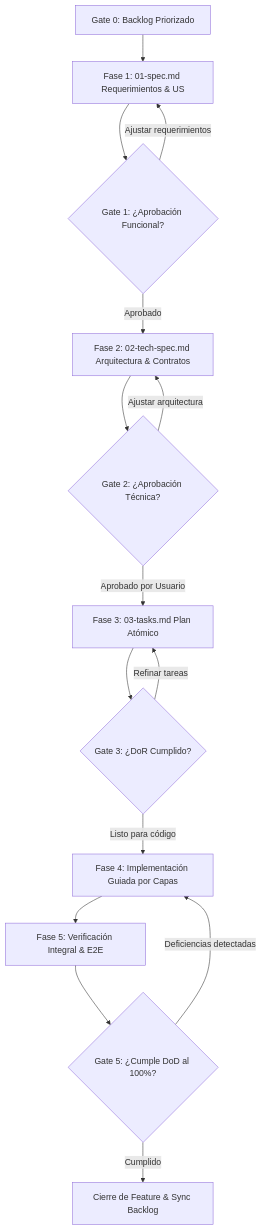
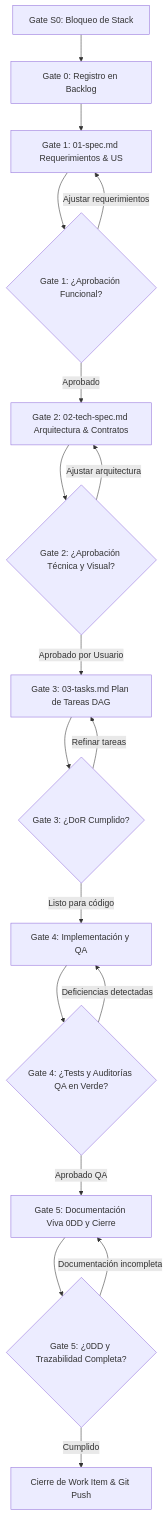
The first of 2 diagrams in specs/SDD_FRAMEWORK.md (serchodm/sdd-agentic-starter), drawn with Mermaid before and after one commit. The commit also changed other lines of this file and 62 other files, not shown here.

````diff
--- a/specs/SDD_FRAMEWORK.md
+++ b/specs/SDD_FRAMEWORK.md
@@ -121,17 +128,20 @@
 ```mermaid
 flowchart TD
-    G0[Gate 0: Backlog Priorizado] --> F1[Fase 1: 01-spec.md Requerimientos & US]
-    F1 --> G1{Gate 1: ¿Aprobación Funcional?}
-    G1 -- Ajustar requerimientos --> F1
-    G1 -- Aprobado --> F2[Fase 2: 02-tech-spec.md Arquitectura & Contratos]
-    F2 --> G2{Gate 2: ¿Aprobación Técnica?}
-    G2 -- Ajustar arquitectura --> F2
-    G2 -- Aprobado por Usuario --> F3[Fase 3: 03-tasks.md Plan Atómico]
-    F3 --> G3{Gate 3: ¿DoR Cumplido?}
-    G3 -- Refinar tareas --> F3
-    G3 -- Listo para código --> F4[Fase 4: Implementación Guiada por Capas]
-    F4 --> F5[Fase 5: Verificación Integral & E2E]
-    F5 --> DoD{Gate 5: ¿Cumple DoD al 100%?}
-    DoD -- Deficiencias detectadas --> F4
-    DoD -- Cumplido --> F6[Cierre de Feature & Sync Backlog]
+    GS0[Gate S0: Bloqueo de Stack] --> G0[Gate 0: Registro en Backlog]
+    G0 --> S1[Gate 1: 01-spec.md Requerimientos & US]
+    S1 --> G1{Gate 1: ¿Aprobación Funcional?}
+    G1 -- Ajustar requerimientos --> S1
+    G1 -- Aprobado --> S2[Gate 2: 02-tech-spec.md Arquitectura & Contratos]
+    S2 --> G2{Gate 2: ¿Aprobación Técnica y Visual?}
+    G2 -- Ajustar arquitectura --> S2
+    G2 -- Aprobado por Usuario --> S3[Gate 3: 03-tasks.md Plan de Tareas DAG]
+    S3 --> G3{Gate 3: ¿DoR Cumplido?}
+    G3 -- Refinar tareas --> S3
+    G3 -- Listo para código --> S4[Gate 4: Implementación y QA]
+    S4 --> G4{Gate 4: ¿Tests y Auditorías QA en Verde?}
+    G4 -- Deficiencias detectadas --> S4
+    G4 -- Aprobado QA --> S5[Gate 5: Documentación Viva 0DD y Cierre]
+    S5 --> G5{Gate 5: ¿0DD y Trazabilidad Completa?}
+    G5 -- Documentación incompleta --> S5
+    G5 -- Cumplido --> S6[Cierre de Work Item & Git Push]
 ```
````
